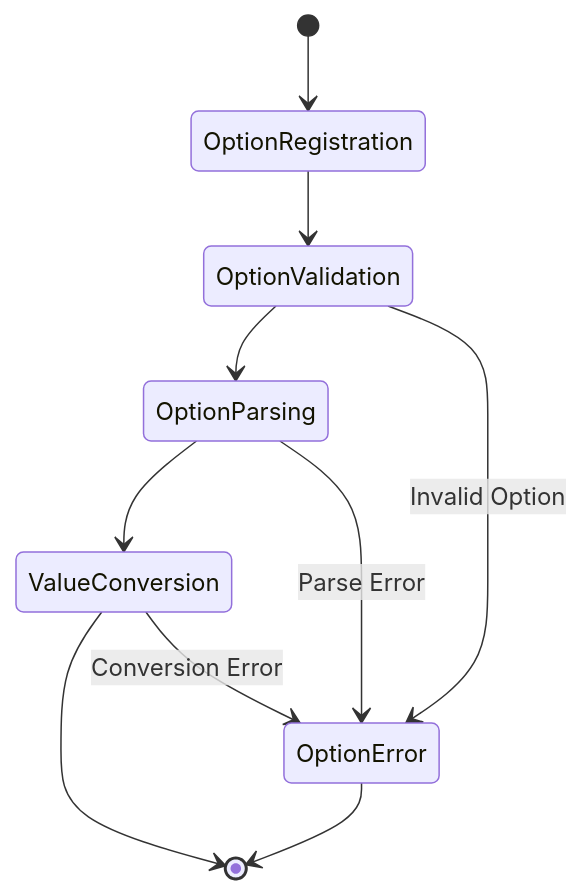
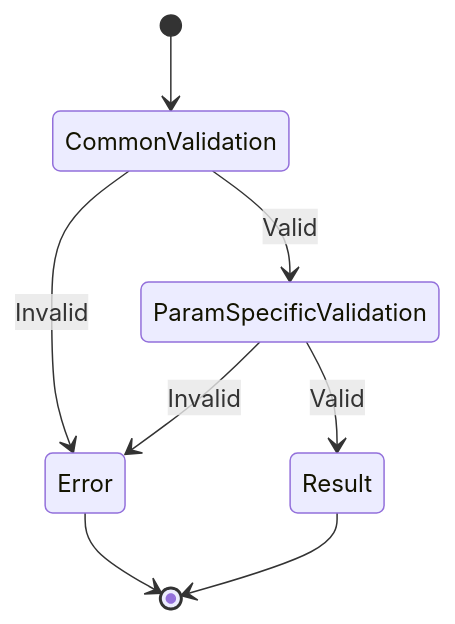
One commit to tettuan/breakdownparams changed the sixth of 11 diagrams in docs/architecture/layer2_diagrams.ja.md. Above: the diagram before and after it, drawn with Mermaid. The commit also changed other lines of this file and 5 other files, not shown here.

First line of the commit message:
docs(architecture): update architecture documentation in Japanese and remove English versions

````diff
--- a/docs/architecture/layer2_diagrams.ja.md
+++ b/docs/architecture/layer2_diagrams.ja.md
@@ -156,13 +94,10 @@
 ```mermaid
 stateDiagram-v2
-    [*] --> OptionRegistration
-    OptionRegistration --> OptionValidation
-    OptionValidation --> OptionParsing
-    OptionParsing --> ValueConversion
-    ValueConversion --> [*]
-    
-    OptionValidation --> OptionError: Invalid Option
-    OptionParsing --> OptionError: Parse Error
-    ValueConversion --> OptionError: Conversion Error
-    OptionError --> [*]
+    [*] --> CommonValidation
+    CommonValidation --> ParamSpecificValidation: Valid
+    CommonValidation --> Error: Invalid
+    ParamSpecificValidation --> Result: Valid
+    ParamSpecificValidation --> Error: Invalid
+    Error --> [*]
+    Result --> [*]
 ```
````
